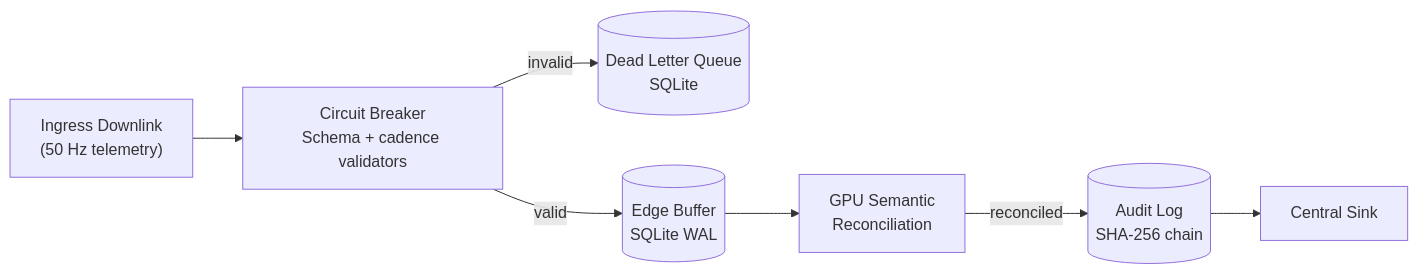
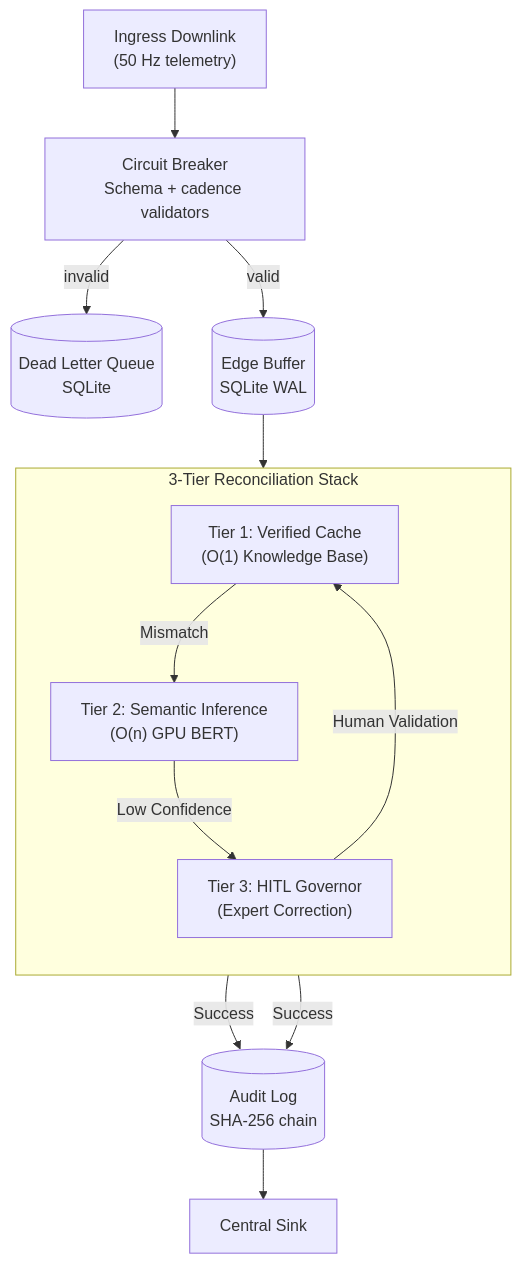
Before and after one commit to tarek-clarke/Web-Scraping-Demo: the diagram in README.md, drawn with Mermaid. The commit also changed other lines of this file and 1 other file, not shown here.

Commit message:
Arch: Formalized 3-Tier Active-Learning Reconciliation Architecture

````diff
--- a/README.md
+++ b/README.md
@@ -46,17 +45,29 @@
 ```mermaid
-flowchart LR
+flowchart TD
     RF["Ingress Downlink<br/>(50 Hz telemetry)"]
     CB["Circuit Breaker<br/>Schema + cadence validators"]
+    
+    subgraph RECON["3-Tier Reconciliation Stack"]
+        direction TB
+        CACHE["Tier 1: Verified Cache<br/>(O(1) Knowledge Base)"]
+        BERT["Tier 2: Semantic Inference<br/>(O(n) GPU BERT)"]
+        HITL["Tier 3: HITL Governor<br/>(Expert Correction)"]
+        
+        CACHE -- "Mismatch" --> BERT
+        BERT -- "Low Confidence" --> HITL
+        HITL -- "Human Validation" --> CACHE
+    end
+    
     DLQ[("Dead Letter Queue<br/>SQLite")]
     EDGE[("Edge Buffer<br/>SQLite WAL")]
-    BERT["GPU Semantic<br/>Reconciliation"]
     AUDIT[("Audit Log<br/>SHA-256 chain")]
     SINK["Central Sink"]
 
     RF --> CB
     CB -->|invalid| DLQ
     CB -->|valid| EDGE
-    EDGE --> BERT
-    BERT -->|reconciled| AUDIT
+    EDGE --> CACHE
+    CACHE -- "Success" --> AUDIT
+    BERT -- "Success" --> AUDIT
     AUDIT --> SINK
 ```
````
